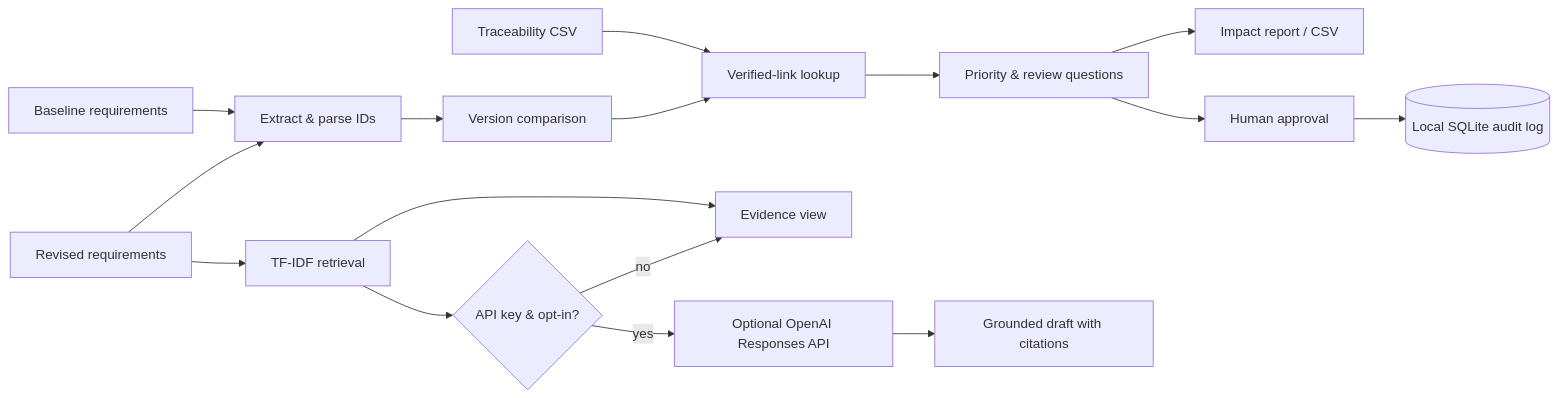
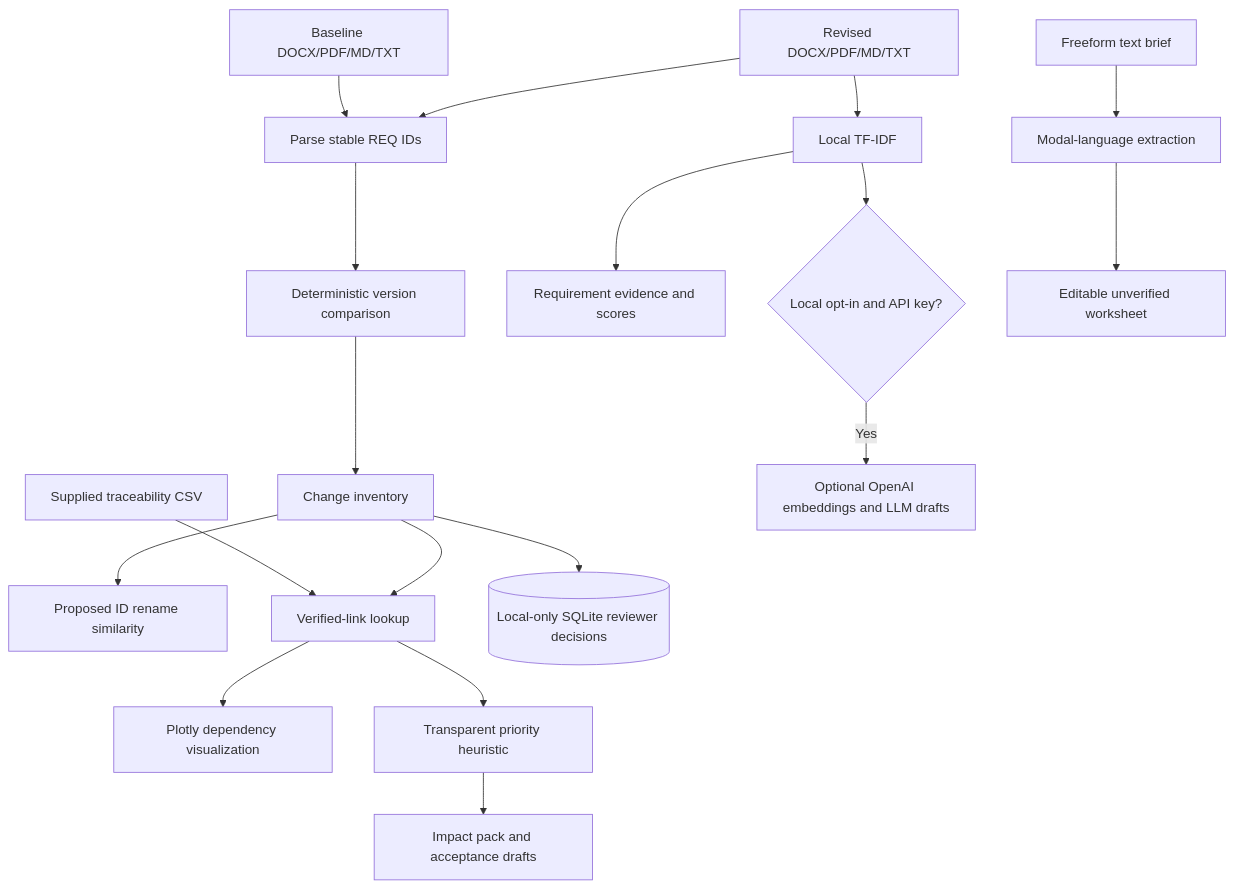
Before and after one commit to dishap12/ChangePilot: the diagram in docs/ARCHITECTURE.md, drawn with Mermaid. The commit also changed other lines of this file, not shown here.

Commit message:
Update v0.2 analysis architecture and BA acceptance brief

````diff
--- a/docs/ARCHITECTURE.md
+++ b/docs/ARCHITECTURE.md
@@ -5,18 +9,20 @@
-```mermaid
-flowchart LR
-  A[Baseline requirements] --> B[Extract & parse IDs]
-  C[Revised requirements] --> B
-  B --> D[Version comparison]
-  E[Traceability CSV] --> F[Verified-link lookup]
-  D --> F
-  F --> G[Priority & review questions]
-  G --> H[Impact report / CSV]
-  G --> I[Human approval]
-  I --> J[(Local SQLite audit log)]
-  C --> K[TF-IDF retrieval]
-  K --> L[Evidence view]
-  K --> M{API key & opt-in?}
-  M -->|yes| N[Optional OpenAI Responses API]
-  M -->|no| L
-  N --> O[Grounded draft with citations]
-```
+~~~mermaid
+flowchart TB
+  OLD[Baseline DOCX/PDF/MD/TXT] --> PARSER[Parse stable REQ IDs]
+  NEW[Revised DOCX/PDF/MD/TXT] --> PARSER
+  PARSER --> DIFF[Deterministic version comparison]
+  DIFF --> LIST[Change inventory]
+  LIST --> REN[Proposed ID rename similarity]
+  MAP[Supplied traceability CSV] --> LINKS[Verified-link lookup]
+  LIST --> LINKS
+  LINKS --> SANKEY[Plotly dependency visualization]
+  LINKS --> TRIAGE[Transparent priority heuristic]
+  TRIAGE --> REPORTS[Impact pack and acceptance drafts]
+  NEW --> SEARCH[Local TF-IDF]
+  SEARCH --> EVIDENCE[Requirement evidence and scores]
+  SEARCH --> OPT{Local opt-in and API key?}
+  OPT -->|Yes| SEM[Optional OpenAI embeddings and LLM drafts]
+  BRIEF[Freeform text brief] --> EXTRACT[Modal-language extraction]
+  EXTRACT --> WORKSHEET[Editable unverified worksheet]
+  LIST --> SQLITE[(Local-only SQLite reviewer decisions)]
+~~~
````
